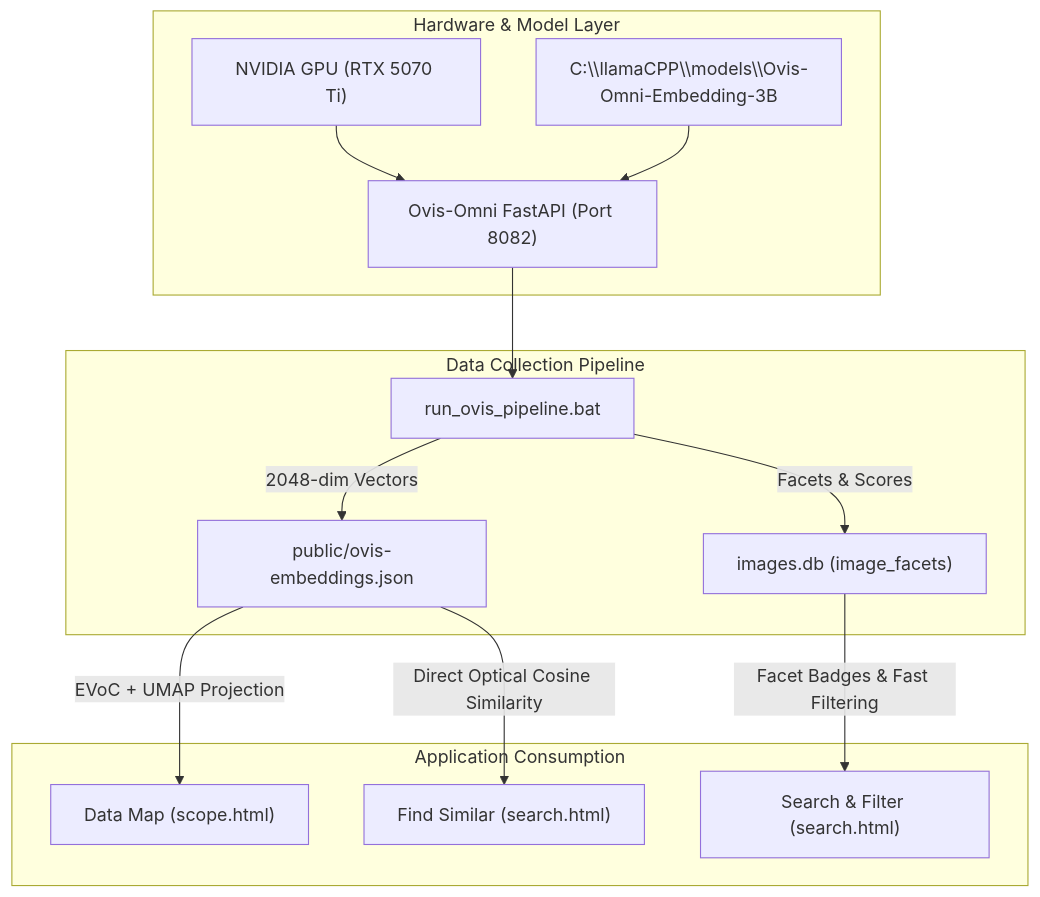
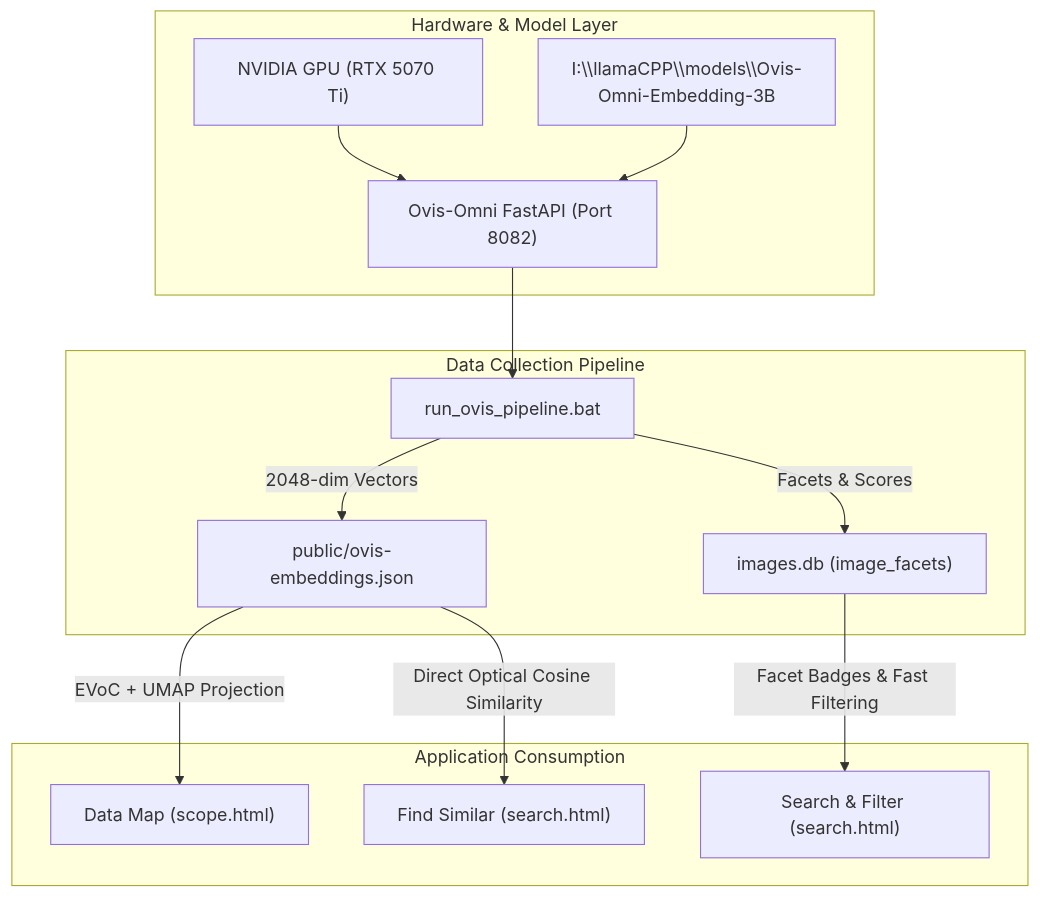
One commit to hellonearthis/LM-AI-studio changed the diagram in docs/ovis_omni_guide.md. Above: the diagram before and after it, drawn with Mermaid. The commit also changed other lines of this file and 99 other files, not shown here.

````diff
--- a/docs/ovis_omni_guide.md
+++ b/docs/ovis_omni_guide.md
@@ -16,23 +16,23 @@
 ```mermaid
 flowchart TD
     subgraph "Hardware & Model Layer"
         GPU["NVIDIA GPU (RTX 5070 Ti)"]
-        Weights["C:\\llamaCPP\\models\\Ovis-Omni-Embedding-3B"]
+        Weights["I:\\llamaCPP\\models\\Ovis-Omni-Embedding-3B"]
         Service["Ovis-Omni FastAPI (Port 8082)"]
         GPU --> Service
         Weights --> Service
     end
 
     subgraph "Data Collection Pipeline"
         Runner["run_ovis_pipeline.bat"]
         Service --> Runner
         Runner -->|2048-dim Vectors| OvisJSON["public/ovis-embeddings.json"]
         Runner -->|Facets & Scores| DB["images.db (image_facets)"]
     end
 
     subgraph "Application Consumption"
         OvisJSON -->|EVoC + UMAP Projection| MapUI["Data Map (scope.html)"]
         OvisJSON -->|Direct Optical Cosine Similarity| SimUI["Find Similar (search.html)"]
         DB -->|Facet Badges & Fast Filtering| SearchUI["Search & Filter (search.html)"]
     end
 ```
````
